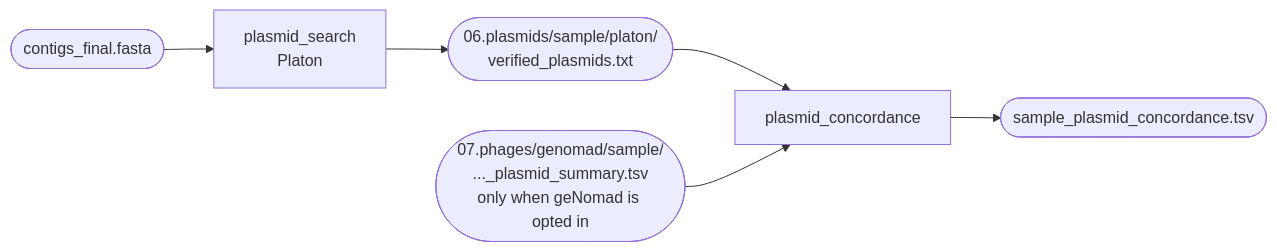
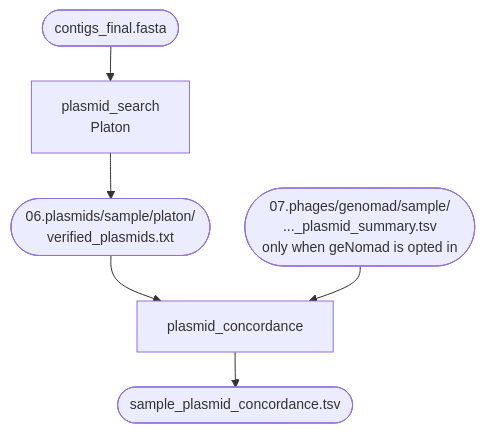
Before and after one commit to iLivius/BacFlux: the diagram in docs/analysis/plasmids.md, drawn with Mermaid. The commit also changed other lines of this file and 43 other files, not shown here.

````diff
--- a/docs/analysis/plasmids.md
+++ b/docs/analysis/plasmids.md
@@ -13,14 +13,17 @@
 ```mermaid
-flowchart LR
-    F([contigs_final.fasta])
-    P[plasmid_search<br/>Platon]
-    VP([06.plasmids/sample/platon/<br/>verified_plasmids.txt])
-    F --> P --> VP
-
+---
+config:
+  themeVariables:
+    fontSize: 14px
+  flowchart:
+    nodeSpacing: 35
+    rankSpacing: 35
+---
+flowchart TD
+    F([contigs_final.fasta]) --> P[plasmid_search<br/>Platon]
+    P --> VP([06.plasmids/sample/platon/<br/>verified_plasmids.txt])
     GN([07.phages/genomad/sample/<br/>..._plasmid_summary.tsv<br/>only when geNomad is opted in])
-
-    PC[plasmid_concordance]
-    VP --> PC
+    VP --> PC[plasmid_concordance]
     GN --> PC
     PC --> OUT([sample_plasmid_concordance.tsv])
 ```
````
